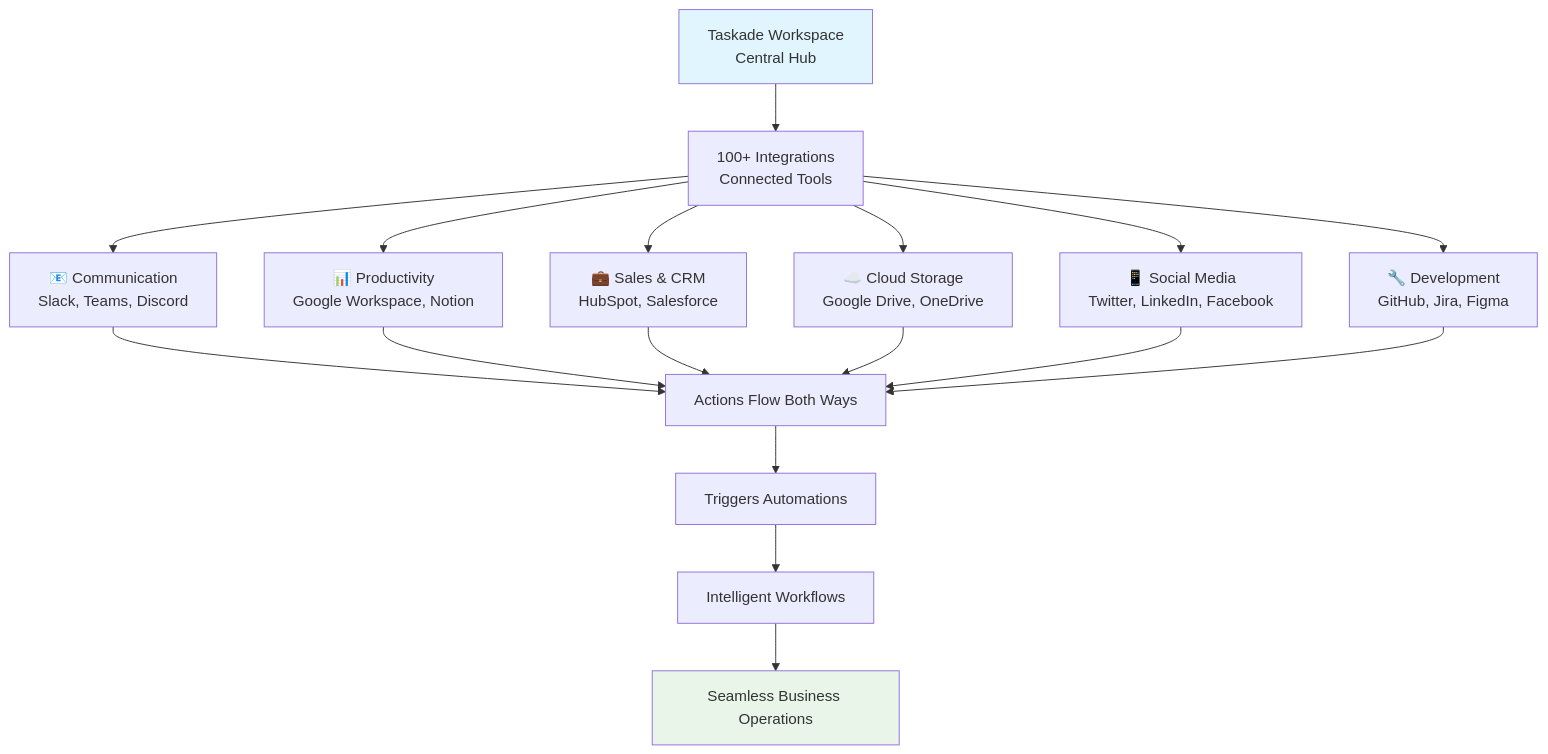
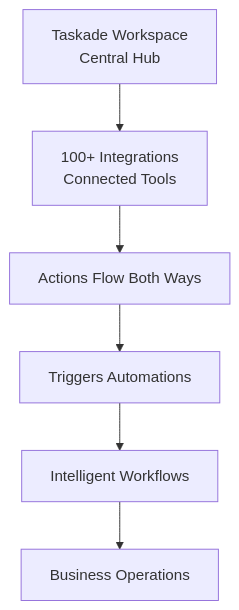
Before and after one commit to taskade/docs: the diagram in help-and-support/index/06_integrations.md, drawn with Mermaid. The commit also changed other lines of this file and 113 other files, not shown here.

````diff
--- a/help-and-support/index/06_integrations.md
+++ b/help-and-support/index/06_integrations.md
@@ -26,25 +26,8 @@
 ```mermaid
 flowchart TD
     TASKADE[Taskade Workspace<br/>Central Hub] --> INT[100+ Integrations<br/>Connected Tools]
-
-    INT --> COMM[📧 Communication<br/>Slack, Teams, Discord]
-    INT --> PROD[📊 Productivity<br/>Google Workspace, Notion]
-    INT --> CRM[💼 Sales & CRM<br/>HubSpot, Salesforce]
-    INT --> CLOUD[☁️ Cloud Storage<br/>Google Drive, OneDrive]
-    INT --> SOCIAL[📱 Social Media<br/>Twitter, LinkedIn, Facebook]
-    INT --> DEV[🔧 Development<br/>GitHub, Jira, Figma]
-
-    COMM --> ACTIONS[Actions Flow Both Ways]
-    PROD --> ACTIONS
-    CRM --> ACTIONS
-    CLOUD --> ACTIONS
-    SOCIAL --> ACTIONS
-    DEV --> ACTIONS
-
+    INT --> ACTIONS[Actions Flow Both Ways]
     ACTIONS --> TRIGGER[Triggers Automations]
     TRIGGER --> WORKFLOW[Intelligent Workflows]
-    WORKFLOW --> RESULTS[Seamless Business Operations]
-
-    style TASKADE fill:#e1f5fe
-    style RESULTS fill:#e8f5e8
+    WORKFLOW --> RESULTS[Business Operations]
 ```
````
